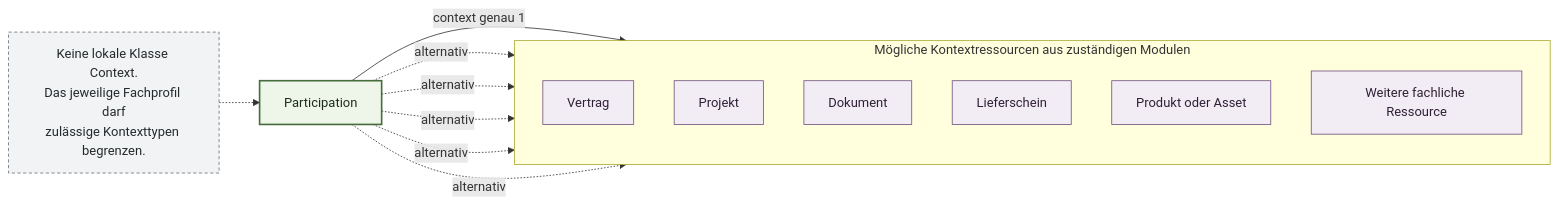
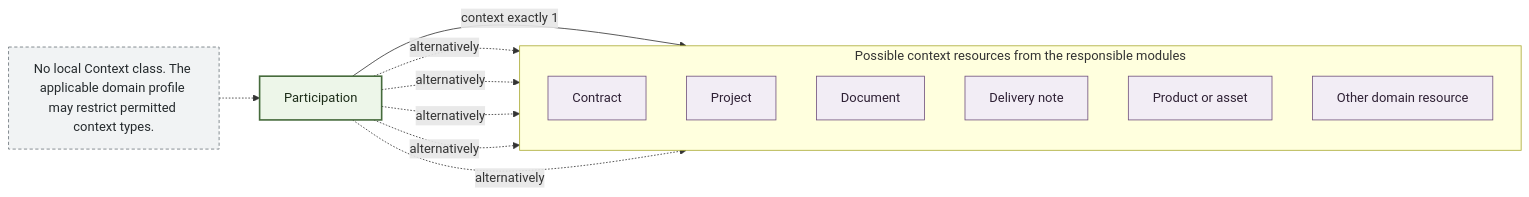
The third of 6 diagrams in modules/core/participation/docs/diagrams/participation-concept-model.md (project-construct-x/constructx-ontologies), drawn with Mermaid before and after one commit. The commit also changed other lines of this file and 230 other files, not shown here.

````diff
--- a/modules/core/participation/docs/diagrams/participation-concept-model.md
+++ b/modules/core/participation/docs/diagrams/participation-concept-model.md
@@ -117,32 +116,32 @@
 ```mermaid
 flowchart LR
     Participation["Participation"]
 
-    subgraph CONTEXTS["Mögliche Kontextressourcen aus zuständigen Modulen"]
+    subgraph CONTEXTS["Possible context resources from the responsible modules"]
         direction TB
-        Contract["Vertrag"]
-        Project["Projekt"]
-        Document["Dokument"]
-        Delivery["Lieferschein"]
-        Product["Produkt oder Asset"]
-        Other["Weitere fachliche Ressource"]
+        Contract["Contract"]
+        Project["Project"]
+        Document["Document"]
+        Delivery["Delivery note"]
+        Product["Product or asset"]
+        Other["Other domain resource"]
     end
 
-    Participation -->|"context genau 1"| Contract
-    Participation -.->|"alternativ"| Project
-    Participation -.->|"alternativ"| Document
-    Participation -.->|"alternativ"| Delivery
-    Participation -.->|"alternativ"| Product
-    Participation -.->|"alternativ"| Other
+    Participation -->|"context exactly 1"| Contract
+    Participation -.->|"alternatively"| Project
+    Participation -.->|"alternatively"| Document
+    Participation -.->|"alternatively"| Delivery
+    Participation -.->|"alternatively"| Product
+    Participation -.->|"alternatively"| Other
 
-    NoClass["Keine lokale Klasse Context.<br/>Das jeweilige Fachprofil darf<br/>zulässige Kontexttypen begrenzen."]
+    NoClass["No local Context class. The applicable domain profile may restrict permitted context types."]
     NoClass -.-> Participation
 
     classDef participation fill:#edf6e9,stroke:#466b3c,color:#1d2d19,stroke-width:2px;
     classDef context fill:#f2edf5,stroke:#70517d,color:#2f2135;
     classDef note fill:#f1f3f4,stroke:#6b747a,color:#252a2d,stroke-dasharray:4 3;
 
     class Participation participation;
     class Contract,Project,Document,Delivery,Product,Other context;
     class NoClass note;
 ```
````
